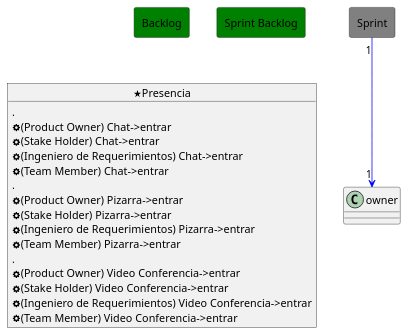
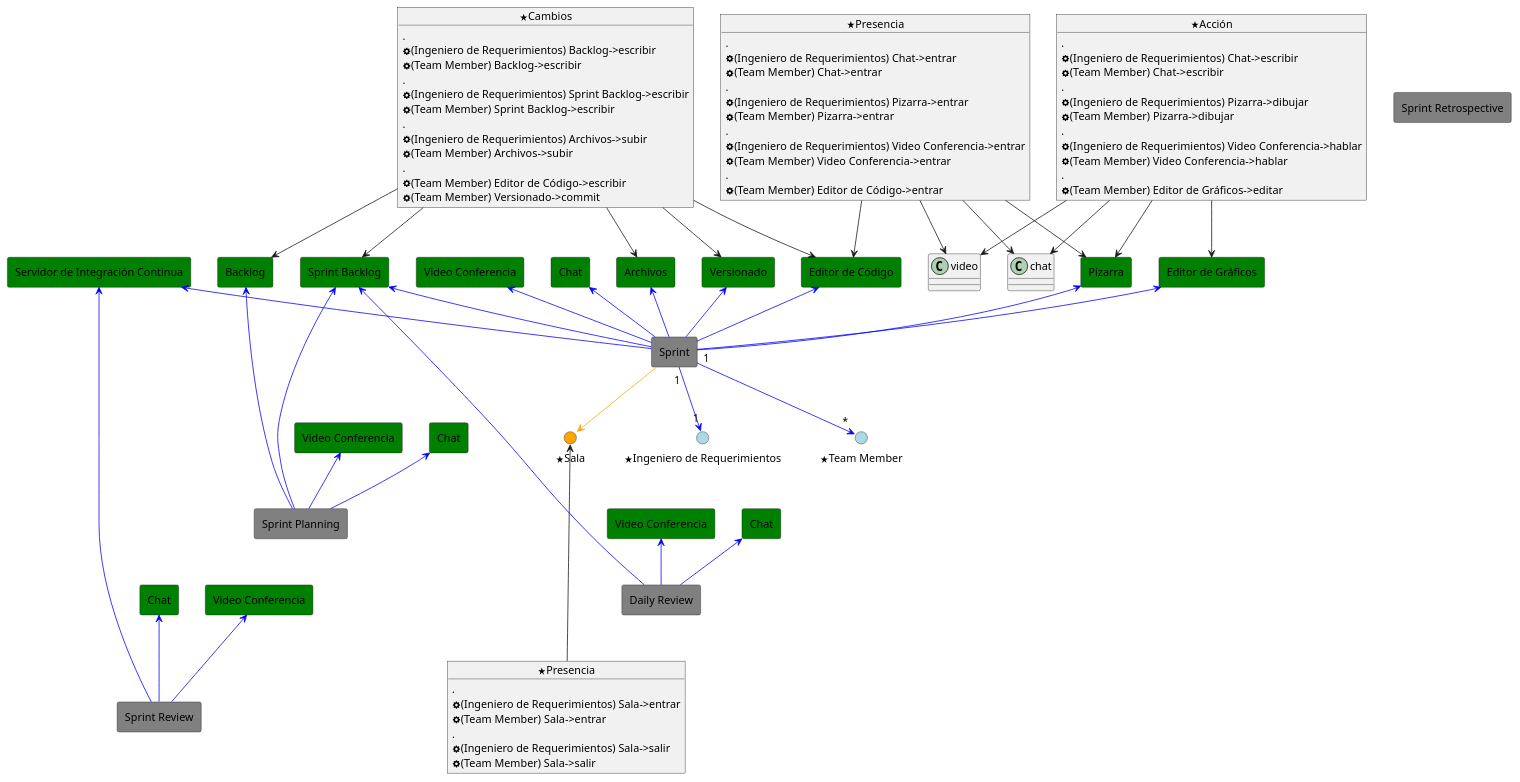
Before and after one commit to pablodanielrey/colaborativos: the first of 3 diagrams in entrega1/actividades/sprint/sprint.plantuml, drawn with PlantUML. The commit also changed other lines of this file and 1 other file, not shown here.

```diff
--- a/entrega1/actividades/sprint/sprint.plantuml
+++ b/entrega1/actividades/sprint/sprint.plantuml
@@ -1,30 +1,160 @@
-@startuml spring_activities
+@startuml sprint_activities
 allowmixing
 
-rectangle "Sprint" as product #Gray
+rectangle "Sprint Planning" as planning #Gray
+rectangle "Sprint" as sprint #Gray
+rectangle "Daily Review" as daily #Gray
+rectangle "Sprint Review" as sprint_review #Gray
+rectangle "Sprint Retrospective" as sprint_retrospective #Gray
+
+'--------------- recursos --------------------------- 
 
 rectangle "Backlog" as product_backlog #Green
 rectangle "Sprint Backlog" as sprint_backlog #Green
 
+'rectangle "Video Conferencia" as video #Green
+'rectangle "Chat" as chat #Green
 
-product "1" -d[#Blue]-> "1" owner
+rectangle "Pizarra" as blackboard #Green
+rectangle "Archivos" as files #Green
+rectangle "Servidor de Integración Continua" as ci #Green
+
+rectangle "Editor de Código" as editor #Green
+rectangle "Versionado" as git #Green
+rectangle "Editor de Gráficos" as g_editor #Green
+
+
+rectangle "Video Conferencia" as video1 #Green
+rectangle "Chat" as chat1 #Green
+
+rectangle "Video Conferencia" as video2 #Green
+rectangle "Chat" as chat2 #Green
+
+rectangle "Video Conferencia" as video3 #Green
+rectangle "Chat" as chat3 #Green
+
+rectangle "Video Conferencia" as video4 #Green
+rectangle "Chat" as chat4 #Green
+
+'--------------- perfiles ------------------
+
+() "<&star>Ingeniero de Requerimientos" as rem #LightBlue
+() "<&star>Team Member" as tm #LightBlue
+
+
+'-------------- recursos salas -------------
+
+() "<&star>Sala" as room #Orange
+
+
+
+planning --u[#Blue]--> product_backlog
+planning --u[#Blue]--> sprint_backlog
+planning -u[#Blue]-> chat1
+planning -u[#Blue]-> video1
+
+
+sprint "1" -d[#Blue]-> "1" rem
+sprint "1" -d[#Blue]-> "*" tm
+
+sprint -d[#Orange]-> room
+
+sprint -u[#Blue]-> chat2
+sprint -u[#Blue]-> video2
+
+sprint -u[#Blue]-> sprint_backlog
+sprint -u[#Blue]-> blackboard
+sprint -u[#Blue]-> files
+sprint -u[#Blue]-> editor
+sprint -u[#Blue]-> git
+sprint -u[#Blue]-> g_editor
+sprint -u[#Blue]-> ci
+
+
+daily ---u[#Blue]--> sprint_backlog
+daily -u[#Blue]-> chat3
+daily -u[#Blue]-> video3
+
+sprint_review ---u[#Blue]---> ci
+sprint_review -u[#Blue]-> chat4
+sprint_review -u[#Blue]-> video4
+
+
+'---------- awareness ------
 
 object "<&star>Presencia" as Presencia {
     .
-    <&cog>(Product Owner) Chat->entrar
-    <&cog>(Stake Holder) Chat->entrar
     <&cog>(Ingeniero de Requerimientos) Chat->entrar
     <&cog>(Team Member) Chat->entrar
     .
-    <&cog>(Product Owner) Pizarra->entrar
-    <&cog>(Stake Holder) Pizarra->entrar
     <&cog>(Ingeniero de Requerimientos) Pizarra->entrar
     <&cog>(Team Member) Pizarra->entrar    
     .
-    <&cog>(Product Owner) Video Conferencia->entrar
-    <&cog>(Stake Holder) Video Conferencia->entrar
     <&cog>(Ingeniero de Requerimientos) Video Conferencia->entrar
     <&cog>(Team Member) Video Conferencia->entrar    
+    .
+    <&cog>(Team Member) Editor de Código->entrar
+}
 
+Presencia --> video
+Presencia --> chat
+Presencia --> blackboard
+Presencia --> editor
+
+object "<&star>Presencia" as Presencia2 {
+    .
+    <&cog>(Ingeniero de Requerimientos) Sala->entrar
+    <&cog>(Team Member) Sala->entrar
+    .
+    <&cog>(Ingeniero de Requerimientos) Sala->salir
+    <&cog>(Team Member) Sala->salir
 }
+
+Presencia2 --u--> room
+
+object "<&star>Acción" as Acción {
+    .
+    <&cog>(Ingeniero de Requerimientos) Chat->escribir
+    <&cog>(Team Member) Chat->escribir
+
+    .
+    <&cog>(Ingeniero de Requerimientos) Pizarra->dibujar
+    <&cog>(Team Member) Pizarra->dibujar
+    .
+    <&cog>(Ingeniero de Requerimientos) Video Conferencia->hablar
+    <&cog>(Team Member) Video Conferencia->hablar    
+    .
+    <&cog>(Team Member) Editor de Gráficos->editar
+}
+
+Acción --> chat
+Acción --> blackboard
+Acción --> video
+Acción --> g_editor
+
+object "<&star>Cambios" as Cambios {
+    .
+    <&cog>(Ingeniero de Requerimientos) Backlog->escribir
+    <&cog>(Team Member) Backlog->escribir
+    .
+    <&cog>(Ingeniero de Requerimientos) Sprint Backlog->escribir
+    <&cog>(Team Member) Sprint Backlog->escribir
+    .
+    <&cog>(Ingeniero de Requerimientos) Archivos->subir
+    <&cog>(Team Member) Archivos->subir    
+    .
+    <&cog>(Team Member) Editor de Código->escribir
+    <&cog>(Team Member) Versionado->commit
+}
+
+Cambios -d-> files
+'Cambios -d-> user_stories
+'Cambios -d-> technical_work
+'Cambios -d-> knoledge_adquisition
+Cambios -d-> product_backlog
+Cambios -d-> sprint_backlog
+Cambios -d-> editor
+Cambios -d-> git
+
+
 @enduml
```
